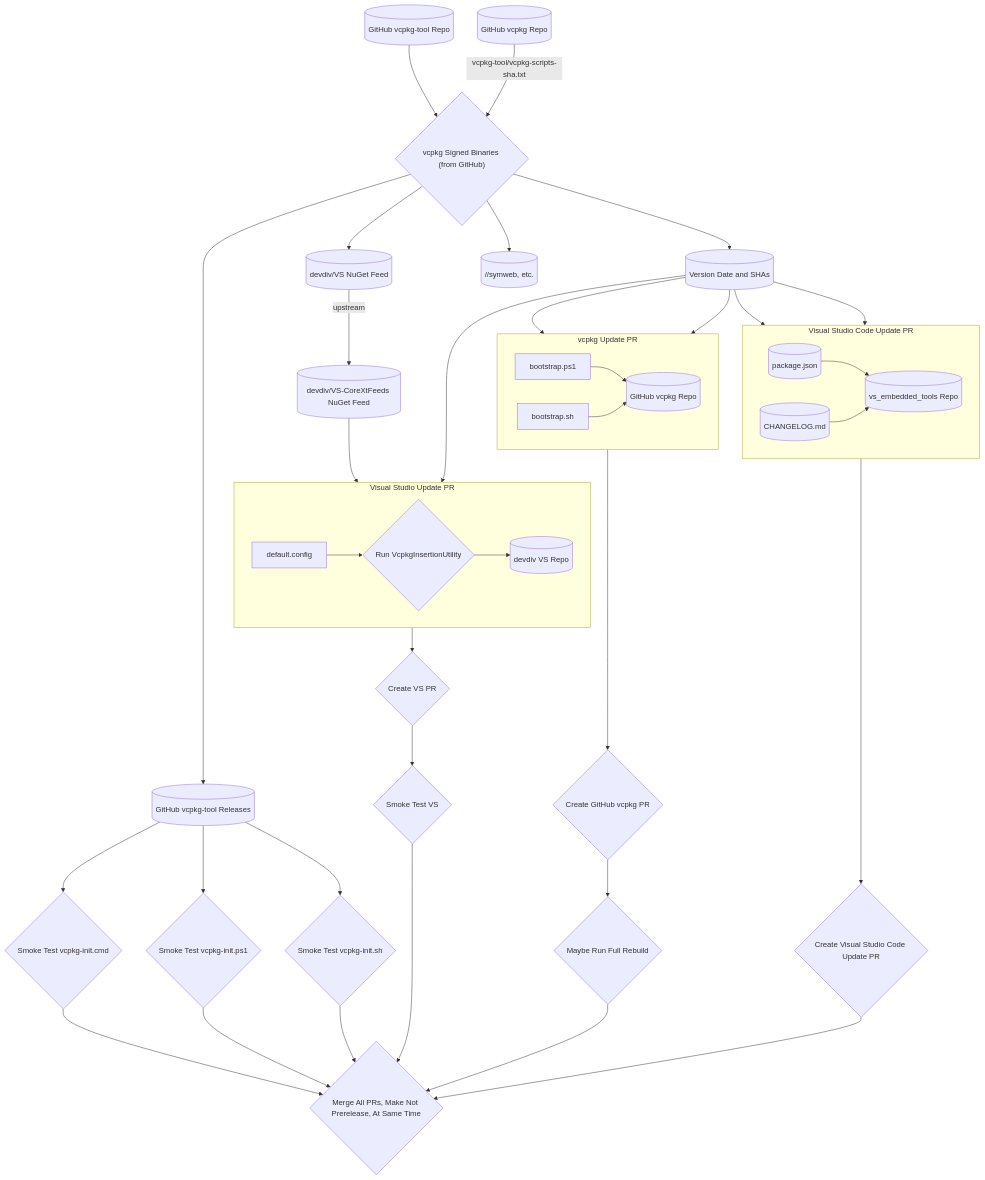
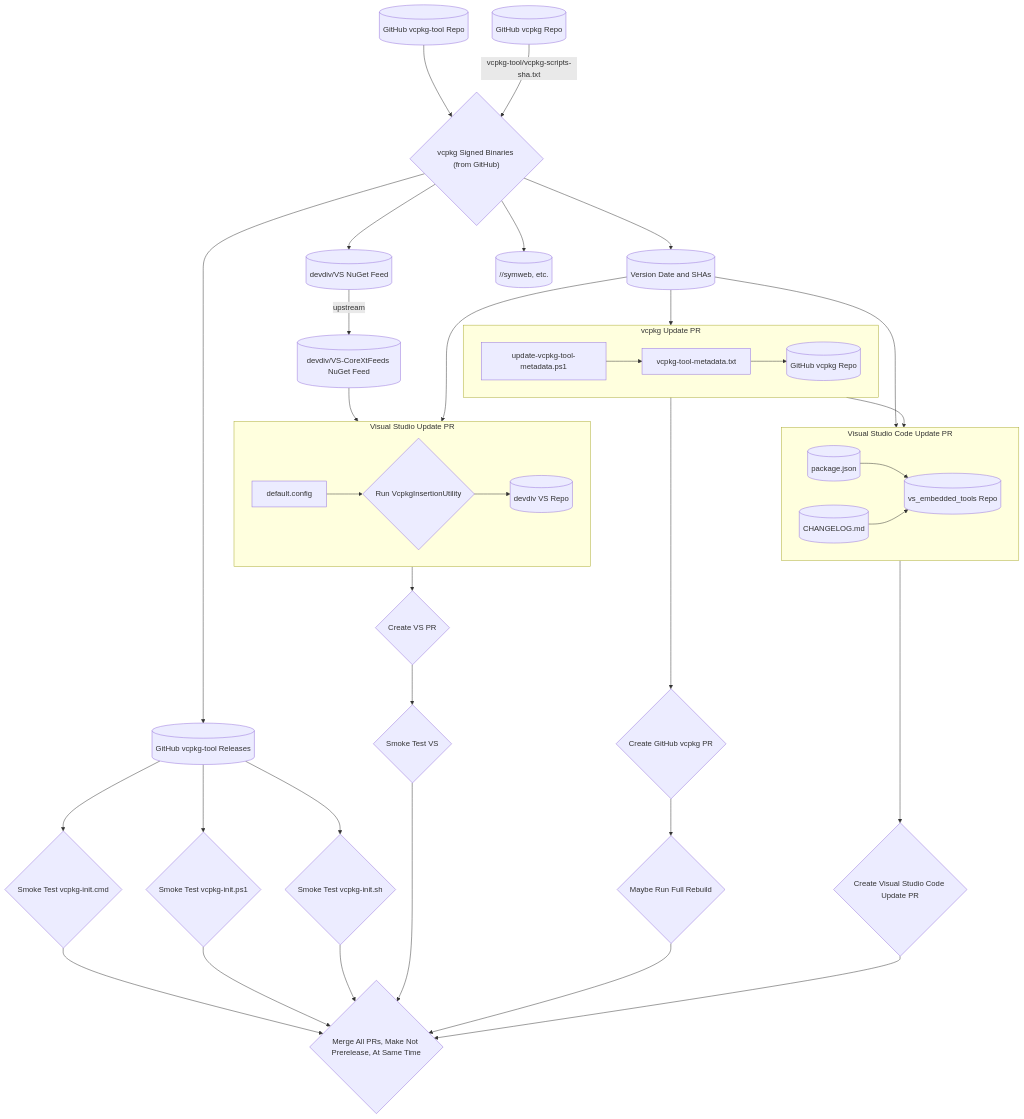
The diagram in docs/vcpkg_tool_release_process.md (microsoft/vcpkg-tool), drawn with Mermaid before and after one commit. The commit also changed other lines of this file, not shown here.

Commit message:
Update tool release process for script (#1152)
* Update tool release process for script

Documents the release process change as of https://github.com/microsoft/vcpkg/pull/32885

* Update docs/vcpkg_tool_release_process.md

```diff
--- a/docs/vcpkg_tool_release_process.md
+++ b/docs/vcpkg_tool_release_process.md
@@ -58,8 +58,8 @@
     vs_corext_feed[(devdiv/VS-CoreXtFeeds NuGet Feed)]
     subgraph vcpkg_update_pr [vcpkg Update PR]
         direction LR
-        bootstrap_ps1[bootstrap.ps1]
-        bootstrap_sh[bootstrap.sh]
+        update_vcpkg_tool_metadata_ps1[update-vcpkg-tool-metadata.ps1]
+        vcpkg_tool_metadata_txt[vcpkg-tool-metadata.txt]
         vcpkg_repo_target[(GitHub vcpkg Repo)]
     end
     create_vcpkg_pr{Create GitHub vcpkg PR}
@@ -94,10 +94,9 @@
     vcpkg_signed_binaries --> symweb
     
     %% vcpkg Update
-    release_version --> bootstrap_ps1
-    release_version --> bootstrap_sh
-    bootstrap_ps1 --> vcpkg_repo_target
-    bootstrap_sh --> vcpkg_repo_target
+    release_version --> update_vcpkg_tool_metadata_ps1
+    update_vcpkg_tool_metadata_ps1 --> vcpkg_tool_metadata_txt
+    vcpkg_tool_metadata_txt --> vcpkg_repo_target
     vcpkg_update_pr ----> create_vcpkg_pr
     create_vcpkg_pr --> run_full_tree_rebuild
     
@@ -111,7 +110,7 @@
     vs_update_pr --> create_vs_pr
     
     %% VS Code Update
-    release_version --> package_json
+    update_vcpkg_tool_metadata_ps1 --> package_json
     release_version --> changelog_md
     package_json --> vs_embedded_tools_repo
     changelog_md --> vs_embedded_tools_repo
```
